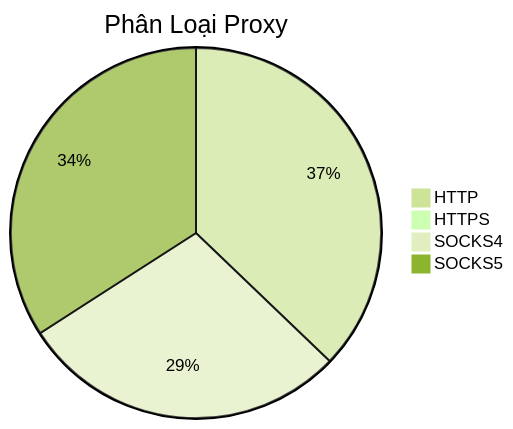
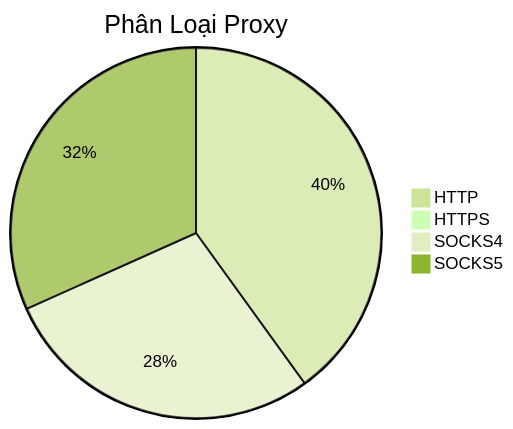
Before and after one commit to Ciara-Aa/PROXY-free: the diagram in README.md, drawn with Mermaid (forest theme). The commit also changed other lines of this file and 4 other files, not shown here.

````diff
--- a/README.md
+++ b/README.md
@@ -26,7 +26,7 @@
 ```mermaid
 pie title Phân Loại Proxy
-    "HTTP" : 557
+    "HTTP" : 581
     "HTTPS" : 1
-    "SOCKS4" : 431
-    "SOCKS5" : 511
+    "SOCKS4" : 410
+    "SOCKS5" : 460
 ```
````
